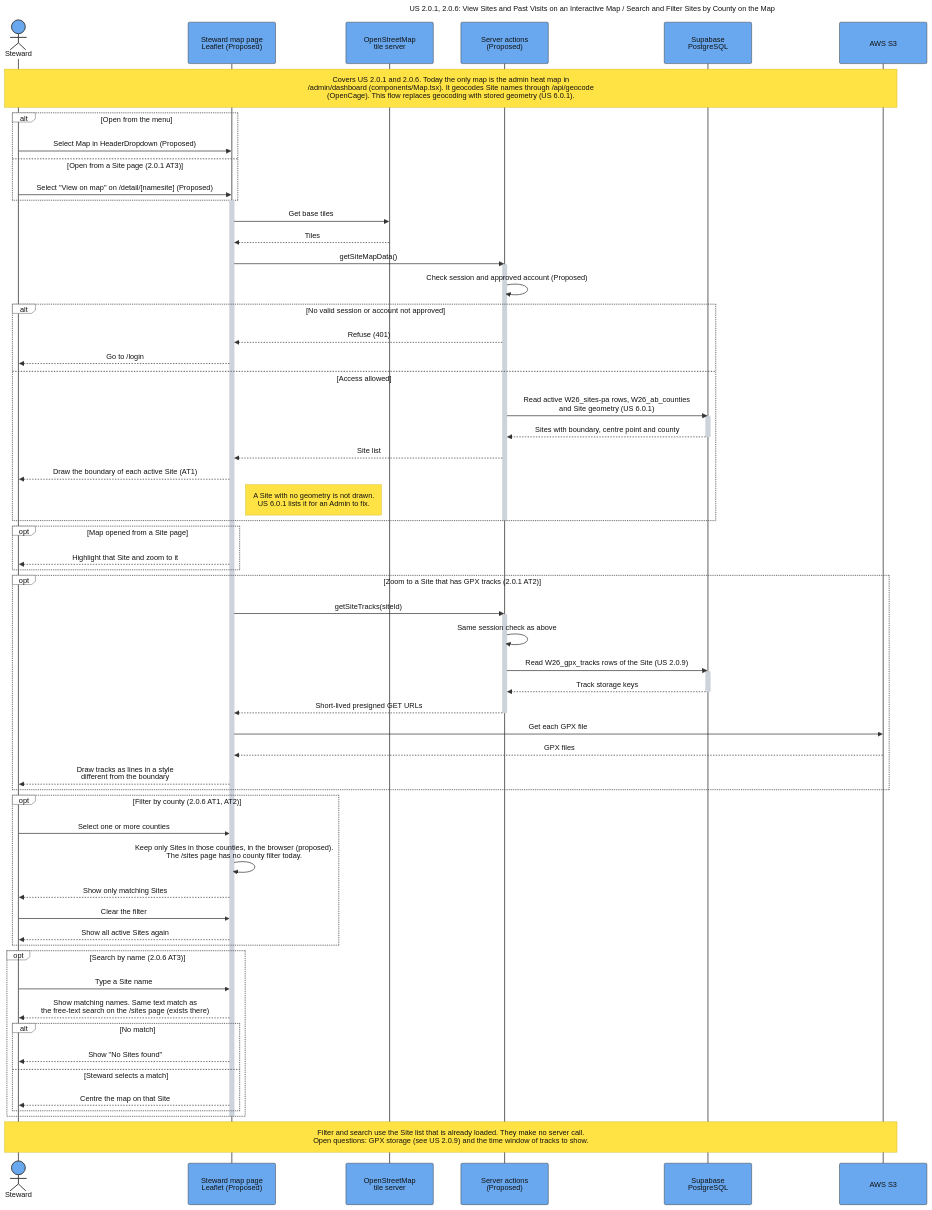
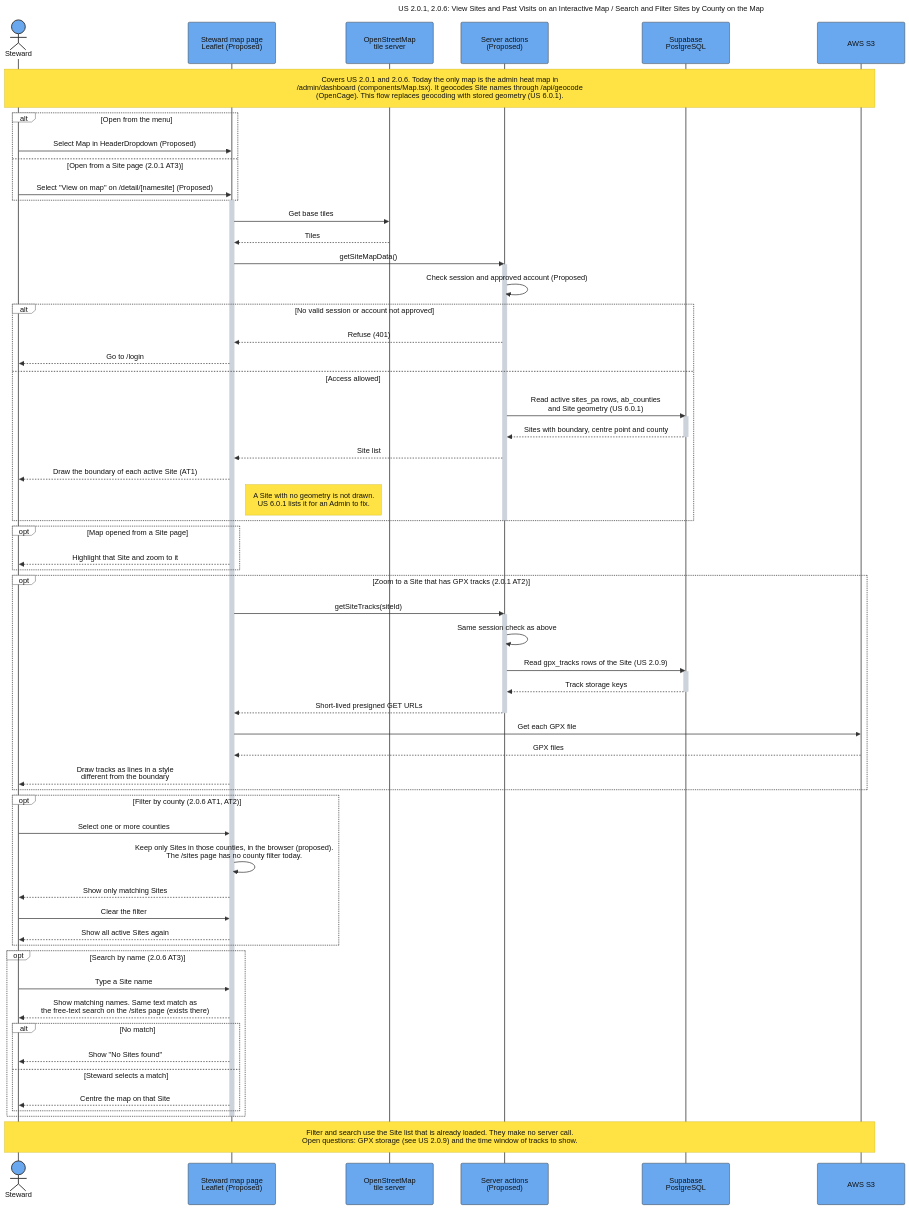
Before and after one commit to SAPAA-Dev/W26Project-SAPAA-Dev-Team: the diagram in docs/assets/Sequence_US_2_0_1_2_0_6_Site_Map_Search_and_Filter.mmd, drawn with Mermaid. The commit also changed 88 other files, not shown here.

```diff
--- a/docs/assets/Sequence_US_2_0_1_2_0_6_Site_Map_Search_and_Filter.mmd
+++ b/docs/assets/Sequence_US_2_0_1_2_0_6_Site_Map_Search_and_Filter.mmd
@@ -1,117 +1,117 @@
 ---
 title: "US 2.0.1, 2.0.6: View Sites and Past Visits on an Interactive Map / Search and Filter Sites by County on the Map"
 config:
   theme: base
   sequence:
     actorMargin: 60
     boxMargin: 12
     diagramMarginX: 45
     diagramMarginY: 30
     messageMargin: 38
     noteMargin: 16
     mirrorActors: true
     width: 190
     height: 90
   themeVariables:
     background: "#ffffff"
     primaryColor: "#69a8ef"
     primaryBorderColor: "#333333"
     primaryTextColor: "#111111"
     actorBkg: "#69a8ef"
     actorBorder: "#333333"
     actorTextColor: "#111111"
     actorLineColor: "#555555"
     signalColor: "#333333"
     signalTextColor: "#111111"
     activationBkgColor: "#cdd3db"
     activationBorderColor: "#cdd3db"
     noteBkgColor: "#ffe344"
     noteBorderColor: "#d4ba24"
     noteTextColor: "#111111"
     labelBoxBkgColor: "#ffffff"
     labelBoxBorderColor: "#555555"
     labelTextColor: "#111111"
     loopTextColor: "#111111"
     altBackground: "#ffffff"
   themeCSS: |
     .actor-line {
       stroke-dasharray: 10 10 !important;
       stroke-width: 1.25px !important;
     }
 ---
 sequenceDiagram
     autonumber off
     actor Steward
     participant Map as Steward map page<br/>Leaflet (Proposed)
     participant Tiles as OpenStreetMap<br/>tile server
     participant Server as Server actions<br/>(Proposed)
     participant DB as Supabase<br/>PostgreSQL
     participant S3 as AWS S3
 
     Note over Steward,S3: Covers US 2.0.1 and 2.0.6. Today the only map is the admin heat map in<br/>/admin/dashboard (components/Map.tsx). It geocodes Site names through /api/geocode<br/>(OpenCage). This flow replaces geocoding with stored geometry (US 6.0.1).
 
     alt Open from the menu
         Steward->>Map: Select Map in HeaderDropdown (Proposed)
     else Open from a Site page (2.0.1 AT3)
         Steward->>Map: Select "View on map" on /detail/[namesite] (Proposed)
     end
     activate Map
     Map->>Tiles: Get base tiles
     Tiles-->>Map: Tiles
 
     Map->>Server: getSiteMapData()
     activate Server
     Server->>Server: Check session and approved account (Proposed)
     alt No valid session or account not approved
         Server-->>Map: Refuse (401)
         Map-->>Steward: Go to /login
     else Access allowed
-        Server->>DB: Read active W26_sites-pa rows, W26_ab_counties<br/>and Site geometry (US 6.0.1)
+        Server->>DB: Read active sites_pa rows, ab_counties<br/>and Site geometry (US 6.0.1)
         activate DB
         DB-->>Server: Sites with boundary, centre point and county
         deactivate DB
         Server-->>Map: Site list
         Map-->>Steward: Draw the boundary of each active Site (AT1)
         Note right of Map: A Site with no geometry is not drawn.<br/>US 6.0.1 lists it for an Admin to fix.
     end
     deactivate Server
 
     opt Map opened from a Site page
         Map-->>Steward: Highlight that Site and zoom to it
     end
 
     opt Zoom to a Site that has GPX tracks (2.0.1 AT2)
         Map->>Server: getSiteTracks(siteId)
         activate Server
         Server->>Server: Same session check as above
-        Server->>DB: Read W26_gpx_tracks rows of the Site (US 2.0.9)
+        Server->>DB: Read gpx_tracks rows of the Site (US 2.0.9)
         activate DB
         DB-->>Server: Track storage keys
         deactivate DB
         Server-->>Map: Short-lived presigned GET URLs
         deactivate Server
         Map->>S3: Get each GPX file
         S3-->>Map: GPX files
         Map-->>Steward: Draw tracks as lines in a style<br/>different from the boundary
     end
 
     opt Filter by county (2.0.6 AT1, AT2)
         Steward->>Map: Select one or more counties
         Map->>Map: Keep only Sites in those counties, in the browser (proposed).<br/>The /sites page has no county filter today.
         Map-->>Steward: Show only matching Sites
         Steward->>Map: Clear the filter
         Map-->>Steward: Show all active Sites again
     end
 
     opt Search by name (2.0.6 AT3)
         Steward->>Map: Type a Site name
         Map-->>Steward: Show matching names. Same text match as<br/>the free-text search on the /sites page (exists there)
         alt No match
             Map-->>Steward: Show "No Sites found"
         else Steward selects a match
             Map-->>Steward: Centre the map on that Site
         end
     end
     deactivate Map
 
     Note over Steward,S3: Filter and search use the Site list that is already loaded. They make no server call.<br/>Open questions: GPX storage (see US 2.0.9) and the time window of tracks to show.
```
